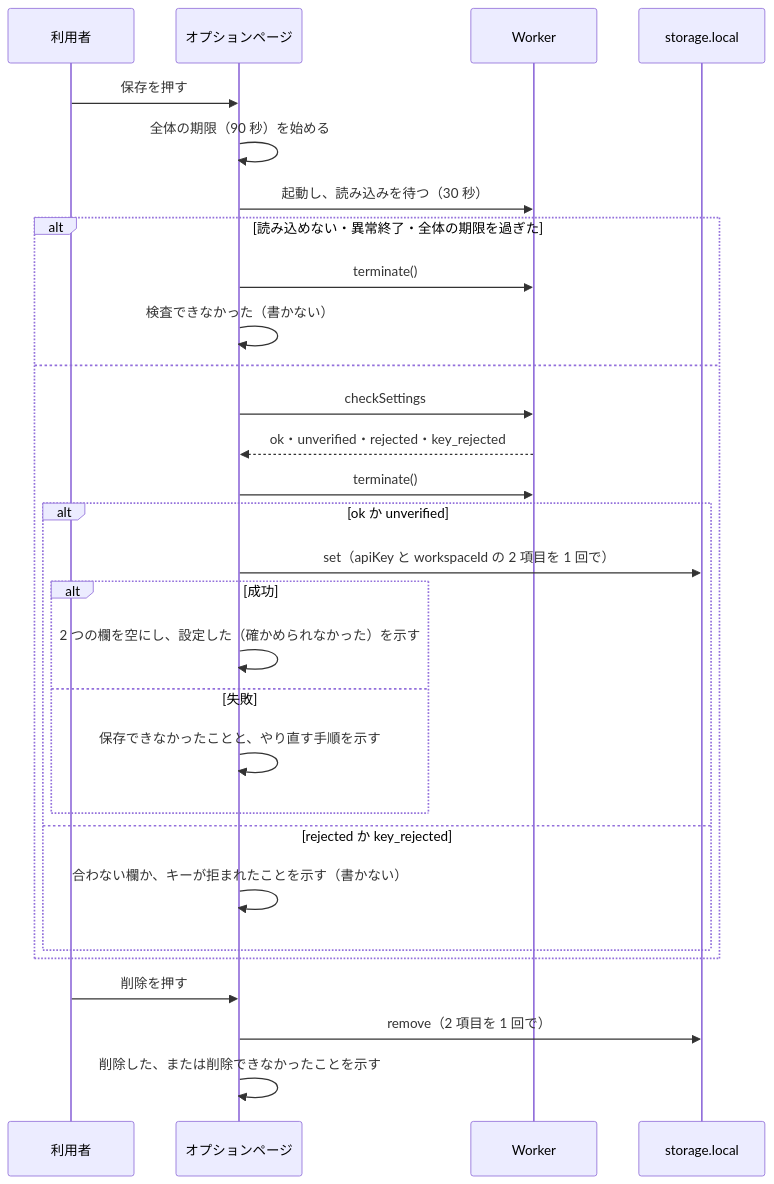
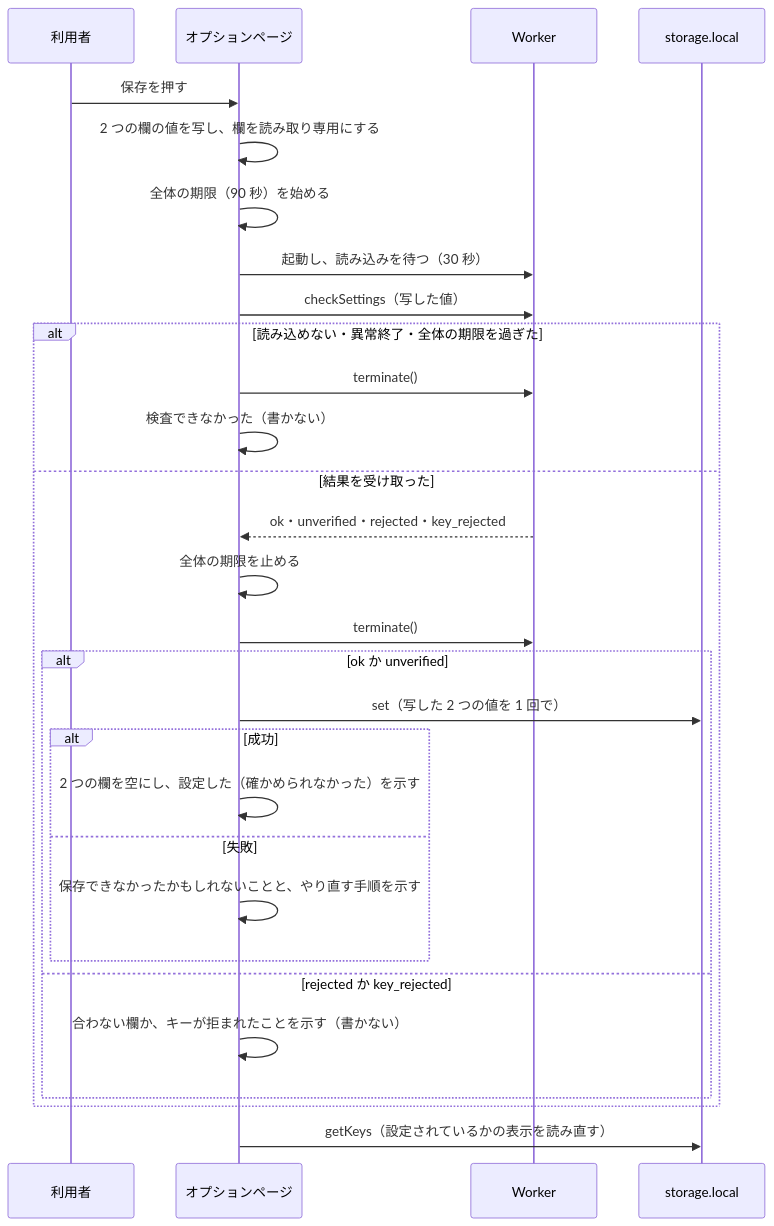
One commit to isseis/yt2column changed the sixth of 8 diagrams in docs/tasks/0091_extension_only_migration/02_architecture.md. Above: the diagram before and after it, drawn with Mermaid. The commit also changed other lines of this file and 8 other files, not shown here.

First line of the commit message:
docs(0091): apply the architecture and prose review fixes

````diff
--- a/docs/tasks/0091_extension_only_migration/02_architecture.md
+++ b/docs/tasks/0091_extension_only_migration/02_architecture.md
@@ -685,32 +830,32 @@
 ```mermaid
 sequenceDiagram
     participant U as 利用者
     participant O as オプションページ
     participant W as Worker
     participant L as storage.local
 
     U->>O: 保存を押す
+    O->>O: 2 つの欄の値を写し、欄を読み取り専用にする
     O->>O: 全体の期限（90 秒）を始める
     O->>W: 起動し、読み込みを待つ（30 秒）
+    O->>W: checkSettings（写した値）
     alt 読み込めない・異常終了・全体の期限を過ぎた
         O->>W: terminate()
         O->>O: 検査できなかった（書かない）
-    else
-        O->>W: checkSettings
+    else 結果を受け取った
         W-->>O: ok・unverified・rejected・key_rejected
+        O->>O: 全体の期限を止める
         O->>W: terminate()
         alt ok か unverified
-            O->>L: set（apiKey と workspaceId の 2 項目を 1 回で）
+            O->>L: set（写した 2 つの値を 1 回で）
             alt 成功
                 O->>O: 2 つの欄を空にし、設定した（確かめられなかった）を示す
             else 失敗
-                O->>O: 保存できなかったことと、やり直す手順を示す
+                O->>O: 保存できなかったかもしれないことと、やり直す手順を示す
             end
         else rejected か key_rejected
             O->>O: 合わない欄か、キーが拒まれたことを示す（書かない）
         end
     end
-    U->>O: 削除を押す
-    O->>L: remove（2 項目を 1 回で）
-    O->>O: 削除した、または削除できなかったことを示す
+    O->>L: getKeys（設定されているかの表示を読み直す）
 ```
````
